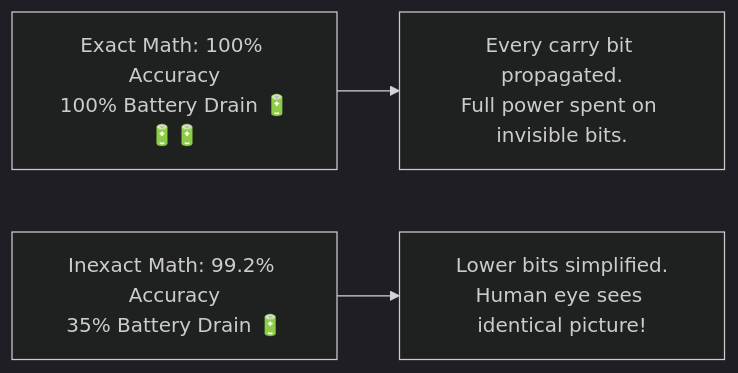
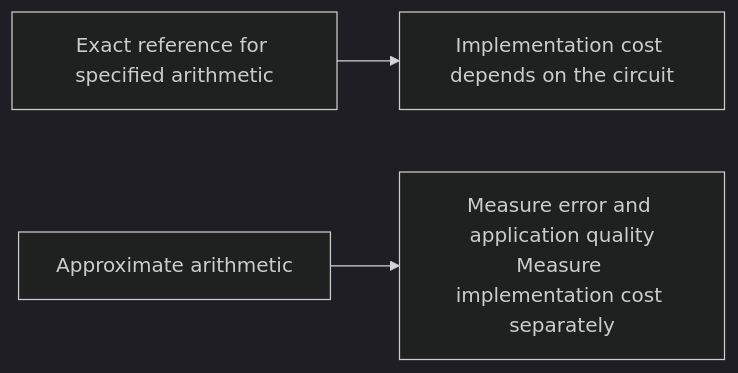
The diagram in docs/fundamentals/why-approximate-computing.md (Inexact-Computing/public), drawn with Mermaid (dark theme) before and after one commit. The commit also changed other lines of this file and 32 other files, not shown here.

````diff
--- a/docs/fundamentals/why-approximate-computing.md
+++ b/docs/fundamentals/why-approximate-computing.md
@@ -9,5 +42,5 @@
 ```mermaid
 graph LR
-    ExactMath["Exact Math: 100% Accuracy<br/>100% Battery Drain 🔋🔋🔋"] --> Bad["Every carry bit propagated.<br/>Full power spent on invisible bits."]
-    ApproxMath["Inexact Math: 99.2% Accuracy<br/>35% Battery Drain 🔋"] --> Good["Lower bits simplified.<br/>Human eye sees identical picture!"]
+    ExactMath["Exact reference for specified arithmetic"] --> Bad["Implementation cost depends on the circuit"]
+    ApproxMath["Approximate arithmetic"] --> Good["Measure error and application quality<br/>Measure implementation cost separately"]
 ```
````
